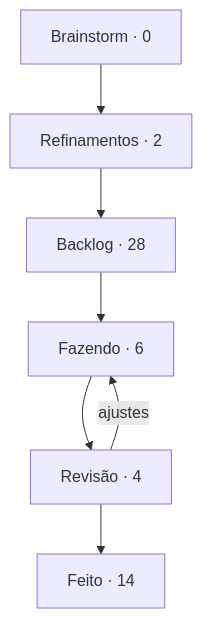
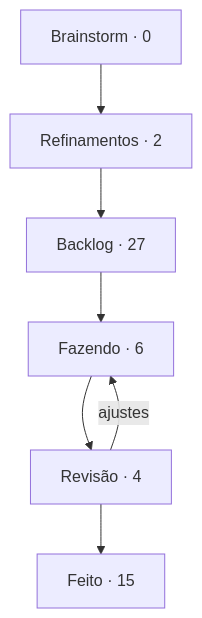
The diagram in boards/dungeon-bend/BOARD.md (StudioVibi/VibiKanban), drawn with Mermaid before and after one commit. The commit also changed other lines of this file and 2 other files, not shown here.

````diff
--- a/boards/dungeon-bend/BOARD.md
+++ b/boards/dungeon-bend/BOARD.md
@@ -5,12 +5,12 @@
 ```mermaid
 flowchart TD
   brainstorm["Brainstorm · 0"] --> refinamentos["Refinamentos · 2"]
-  refinamentos --> backlog["Backlog · 28"]
+  refinamentos --> backlog["Backlog · 27"]
   backlog --> doing["Fazendo · 6"]
   doing --> review["Revisão · 4"]
-  review --> done["Feito · 14"]
+  review --> done["Feito · 15"]
   review -->|ajustes| doing
   doing:::blue
   review:::yellow
   done:::green
 ```
````
